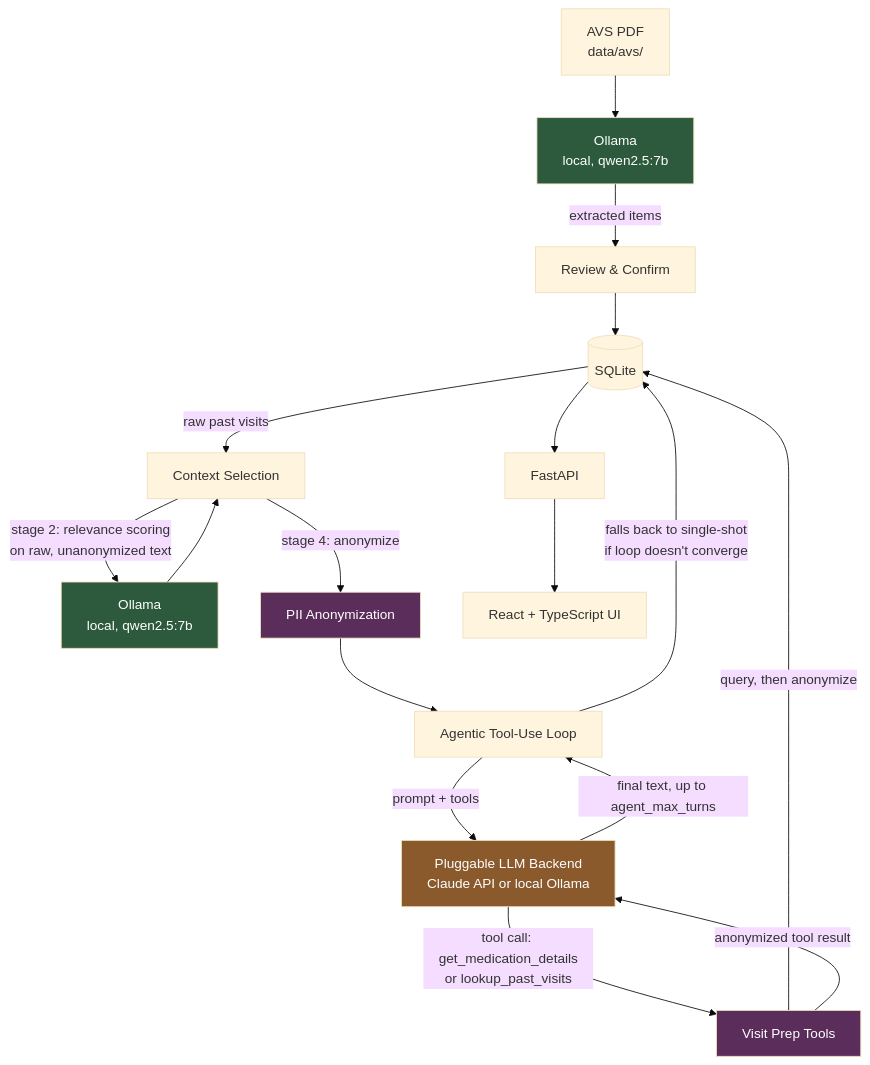
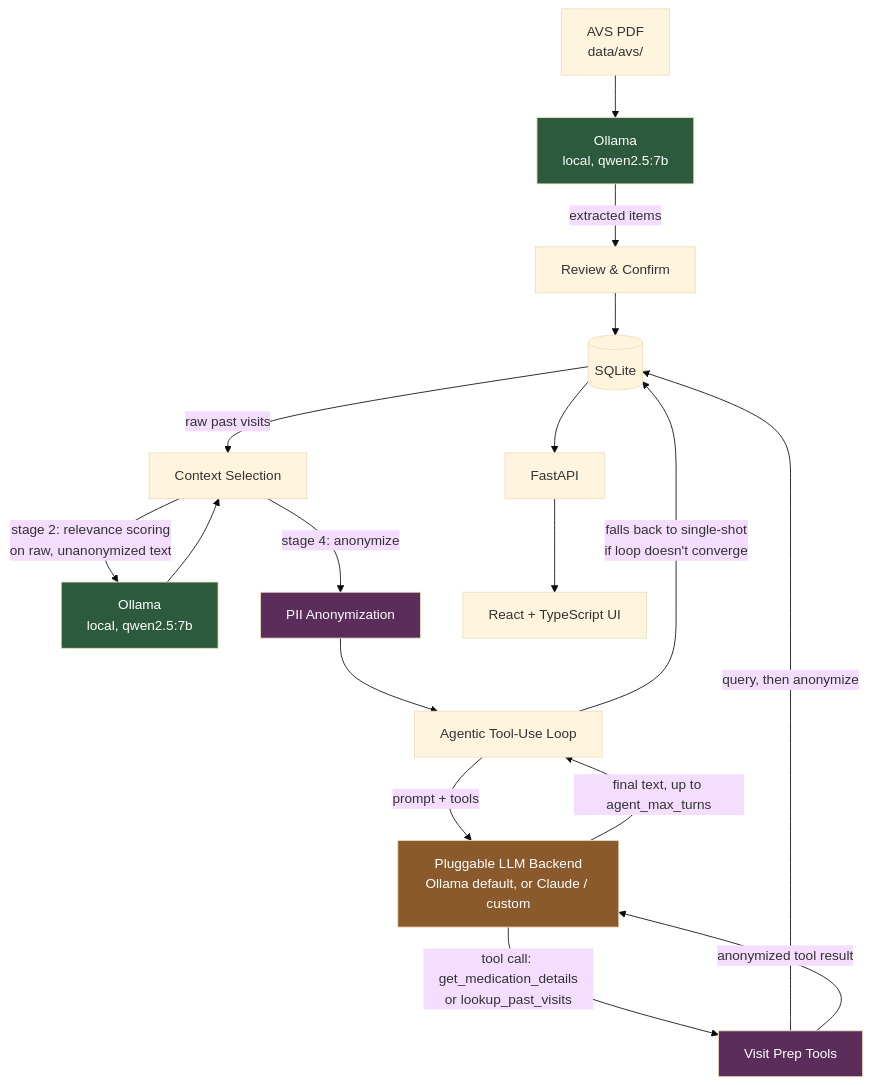
Before and after one commit to nidhi-menon/HealthSteward: the diagram in README.md, drawn with Mermaid (base theme). The commit also changed other lines of this file and 20 other files, not shown here.

First line of the commit message:
Default to local Ollama for visit prep, add custom OpenAI-compatible provider, make provider runtime-editable (DEC-016)

````diff
--- a/README.md
+++ b/README.md
@@ -48,28 +48,28 @@
 ```mermaid
 flowchart TD
     PDF[AVS PDF<br/>data/avs/] --> OllamaParse[Ollama<br/>local, qwen2.5:7b]
     OllamaParse -->|extracted items| Review[Review & Confirm]
     Review --> DB[(SQLite)]
 
     DB -->|raw past visits| Select[Context Selection]
     Select -->|stage 2: relevance scoring<br/>on raw, unanonymized text| OllamaScore[Ollama<br/>local, qwen2.5:7b]
     OllamaScore --> Select
     Select -->|stage 4: anonymize| Anon[PII Anonymization]
     Anon --> Loop[Agentic Tool-Use Loop]
 
-    Loop -->|prompt + tools| Backend[Pluggable LLM Backend<br/>Claude API or local Ollama]
+    Loop -->|prompt + tools| Backend[Pluggable LLM Backend<br/>Ollama default, or Claude / custom]
     Backend -->|tool call: get_medication_details<br/>or lookup_past_visits| Tools[Visit Prep Tools]
     Tools -->|query, then anonymize| DB
     Tools -->|anonymized tool result| Backend
     Backend -->|final text, up to agent_max_turns| Loop
     Loop -->|falls back to single-shot<br/>if loop doesn't converge| DB
 
     DB --> API[FastAPI]
     API --> UI[React + TypeScript UI]
 
     style OllamaParse fill:#2d5a3d,color:#fff
     style OllamaScore fill:#2d5a3d,color:#fff
     style Backend fill:#8a5a2d,color:#fff
     style Anon fill:#5a2d5a,color:#fff
     style Tools fill:#5a2d5a,color:#fff
 ```
````
